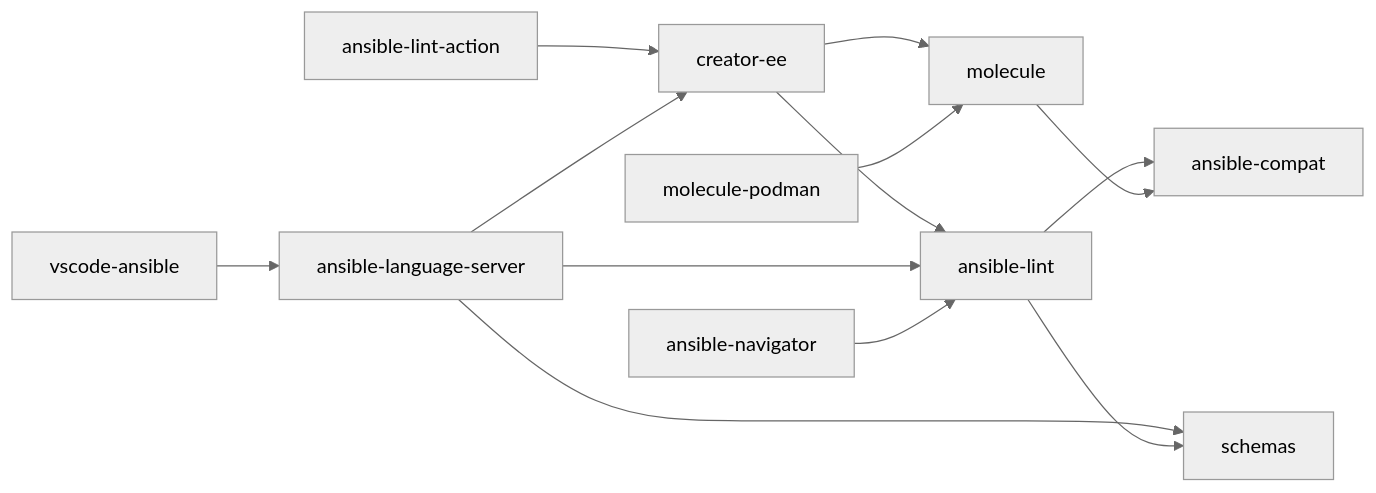
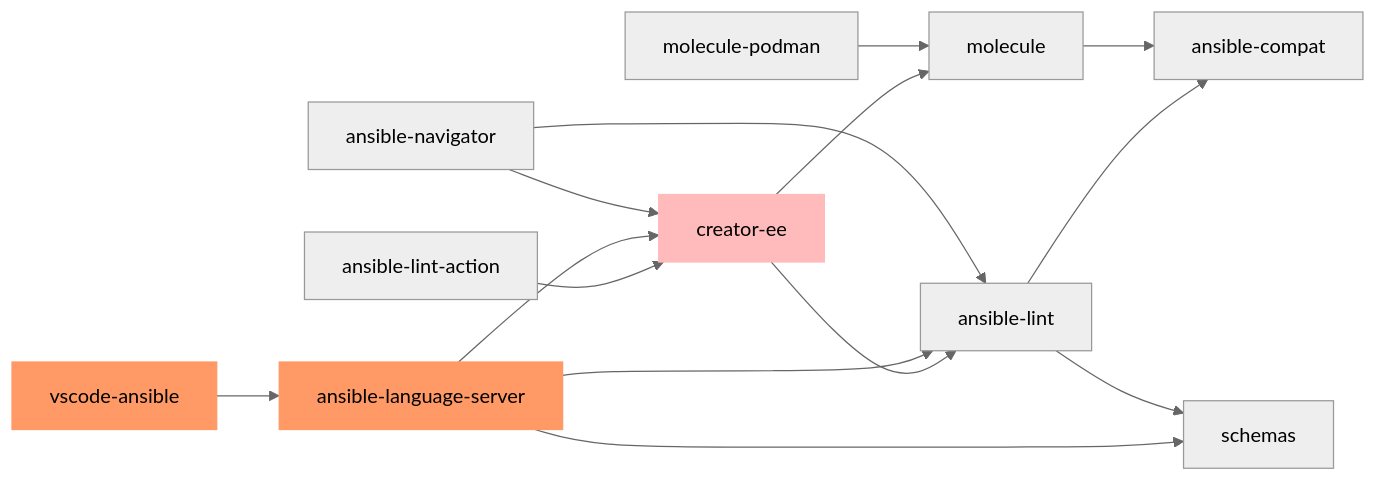
The diagram in README.md (ansible/team-devtools), drawn with Mermaid (neutral theme) before and after one commit.

````diff
--- a/README.md
+++ b/README.md
@@ -6,17 +6,33 @@
 ```mermaid
-  graph LR;
-      ansible-lint-action --> creator-ee;
-      creator-ee --> ansible-lint;
+graph LR;
 
-      ansible-lint --> ansible-compat;
-      molecule --> ansible-compat;
-      creator-ee --> molecule;
-      vscode-ansible --> ansible-language-server;
-      ansible-language-server --> ansible-lint;
-      ansible-language-server --> creator-ee;
+  classDef typescriptclass fill:#f96,stroke:#f96;
+  classDef containerclass fill:#fbb,stroke:#fbb;
 
-      molecule-podman --> molecule;
-      ansible-language-server --> schemas;
-      ansible-lint --> schemas;
-      ansible-navigator --> ansible-lint;
+  ansible-lint-action --> creator-ee;
+  creator-ee --> ansible-lint;
+
+  ansible-lint --> ansible-compat;
+  molecule --> ansible-compat;
+  creator-ee:::containerclass --> molecule;
+  vscode-ansible:::typescriptclass --> ansible-language-server;
+  ansible-language-server:::typescriptclass --> ansible-lint;
+  ansible-language-server --> creator-ee;
+
+  molecule-podman --> molecule;
+  ansible-language-server --> schemas;
+  ansible-lint --> schemas;
+  ansible-navigator --> ansible-lint;
+  ansible-navigator --> creator-ee;
+
+ click ansible-lint-action href "https://github.com/ansible-community/ansible-lint-action"
+ click molecule href "https://github.com/ansible-community/molecule"
+ click molecule-podman href "https://github.com/ansible-community/molecule-podman"
+ click schemas href "https://github.com/ansible-community/schemas"
+ click creator-ee href "https://github.com/ansible/creator-ee"
+ click ansible-lint href "https://github.com/ansible/ansible-lint"
+ click ansible-compat href "https://github.com/ansible/ansible-compat"
+ click ansible-navigator href "https://github.com/ansible/ansible-navigator"
+ click ansible-language-server href "https://github.com/ansible/ansible-language-server"
+ click vscode-ansible href "https://github.com/ansible/vscode-ansible"
 ```
````
